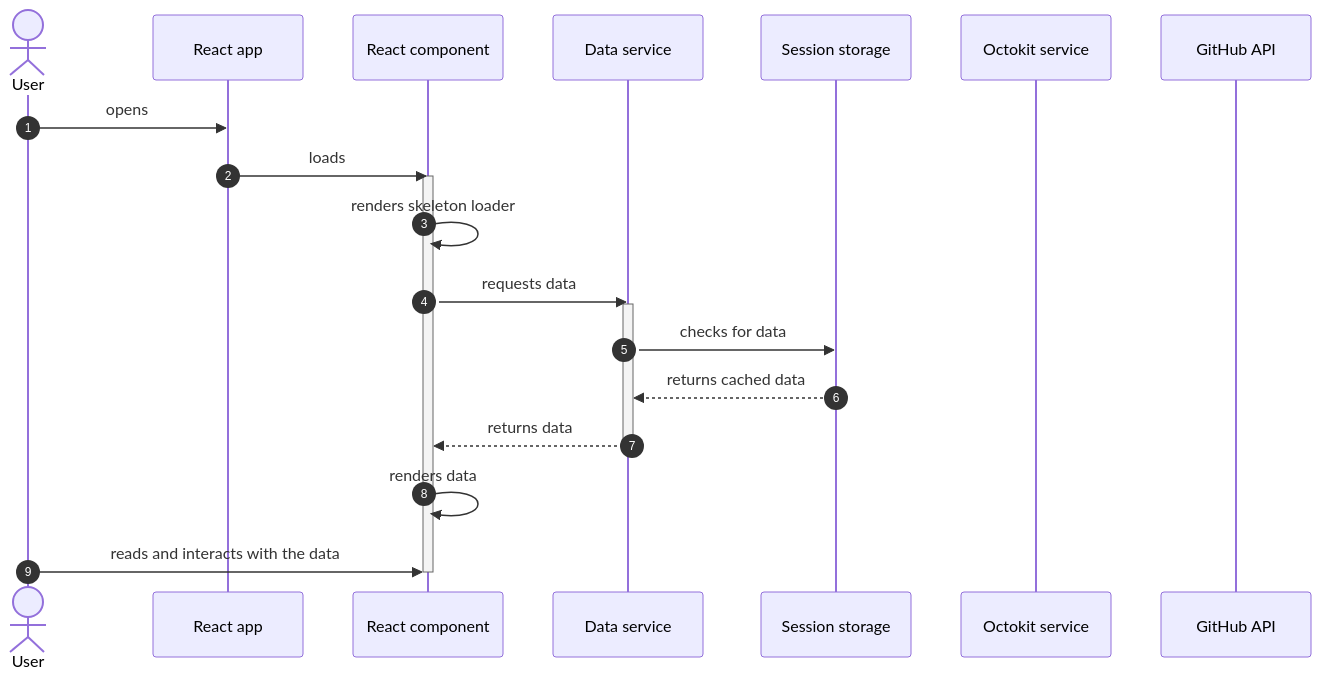
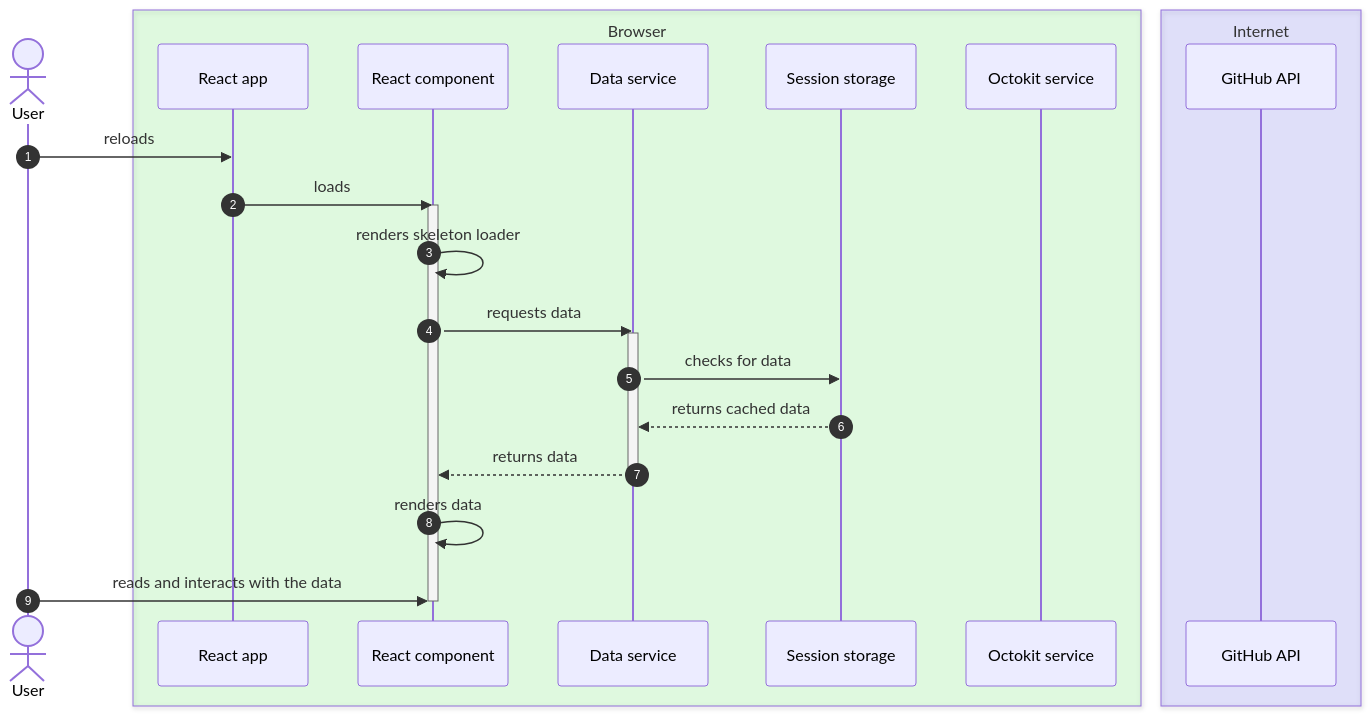
Before and after one commit to rikurauhala/insights: the second of 2 diagrams in docs/architecture.md, drawn with Mermaid. The commit also changed other lines of this file, not shown here.

Commit message:
Add colors for browser and internet in the sequence diagrams

````diff
--- a/docs/architecture.md
+++ b/docs/architecture.md
@@ -50,26 +54,30 @@
 ```mermaid
 sequenceDiagram
   autonumber
 
-  actor       USER    as User
-  participant APP     as React app
-  participant ELEMENT as React component
-  participant DATA    as Data service
-  participant STORAGE as Session storage
-  participant OCTOKIT as Octokit service
-  participant GITHUB  as GitHub API
+    actor       USER    as User
+  box rgba(0, 255, 0, 0.1) Browser
+    participant APP     as React app
+    participant ELEMENT as React component
+    participant DATA    as Data service
+    participant STORAGE as Session storage
+    participant OCTOKIT as Octokit service
+  end
+  box rgba(0, 0, 255, 0.1) Internet
+    participant GITHUB  as GitHub API
+  end
 
-  USER     ->> APP     : opens
+  USER     ->> APP     : reloads
   APP      ->> ELEMENT : loads
   activate     ELEMENT
   ELEMENT  ->> ELEMENT : renders skeleton loader
   ELEMENT  ->> DATA    : requests data
   activate     DATA
   DATA     ->> STORAGE : checks for data
   STORAGE -->> DATA    : returns cached data
   DATA    -->> ELEMENT : returns data
   deactivate   DATA
   ELEMENT  ->> ELEMENT : renders data
   USER     ->> ELEMENT : reads and interacts with the data
   deactivate   ELEMENT
 ```
````
